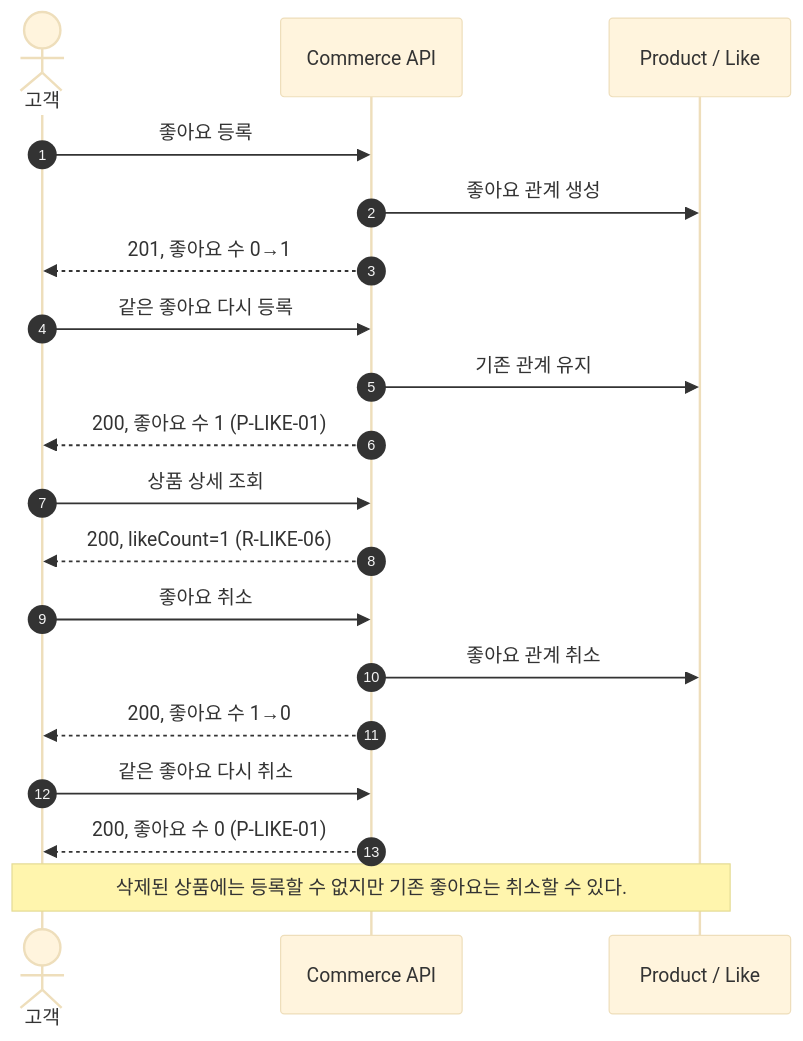
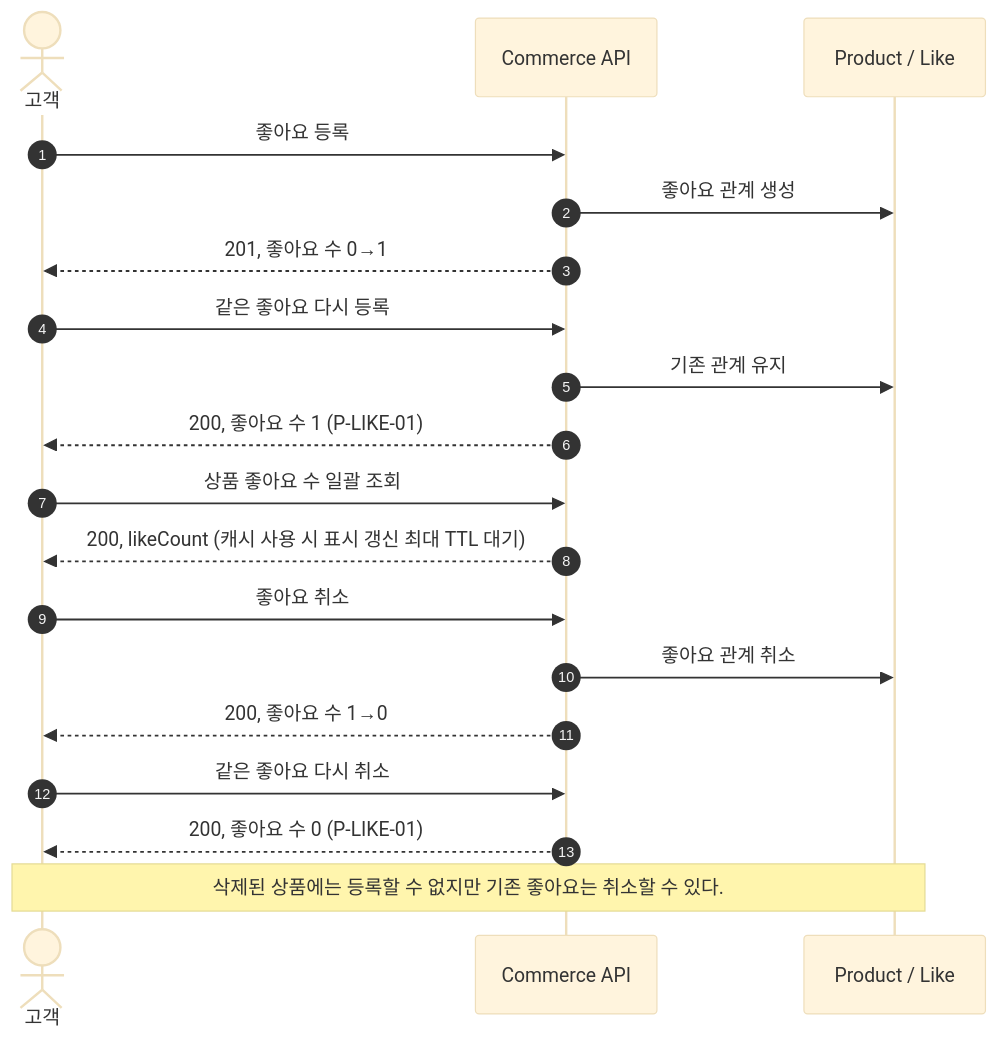
The second of 4 diagrams in docs/week2/representative-flows.md (jeongye01/loop-pack-be-l2-vol5-java), drawn with Mermaid (base theme) before and after one commit. The commit also changed other lines of this file and 511 other files, not shown here.

````diff
--- a/docs/week2/representative-flows.md
+++ b/docs/week2/representative-flows.md
@@ -69,27 +69,27 @@
 ```mermaid
 sequenceDiagram
     autonumber
     actor C as 고객
     participant API as Commerce API
     participant D as Product / Like
 
     C->>API: 좋아요 등록
     API->>D: 좋아요 관계 생성
     API-->>C: 201, 좋아요 수 0→1
 
     C->>API: 같은 좋아요 다시 등록
     API->>D: 기존 관계 유지
     API-->>C: 200, 좋아요 수 1 (P-LIKE-01)
 
-    C->>API: 상품 상세 조회
-    API-->>C: 200, likeCount=1 (R-LIKE-06)
+    C->>API: 상품 좋아요 수 일괄 조회
+    API-->>C: 200, likeCount (캐시 사용 시 표시 갱신 최대 TTL 대기)
 
     C->>API: 좋아요 취소
     API->>D: 좋아요 관계 취소
     API-->>C: 200, 좋아요 수 1→0
 
     C->>API: 같은 좋아요 다시 취소
     API-->>C: 200, 좋아요 수 0 (P-LIKE-01)
 
     Note over C,D: 삭제된 상품에는 등록할 수 없지만 기존 좋아요는 취소할 수 있다.
 ```
````
